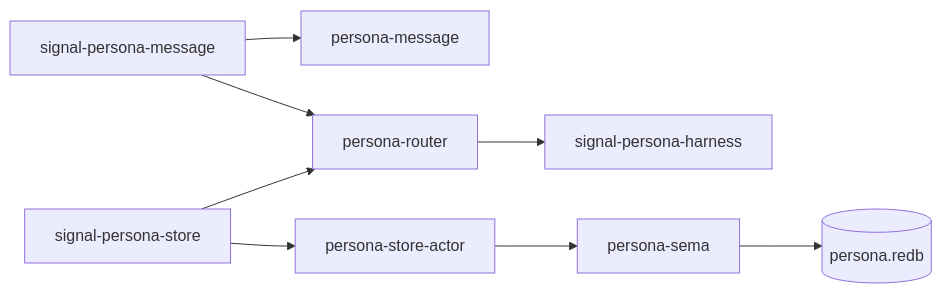
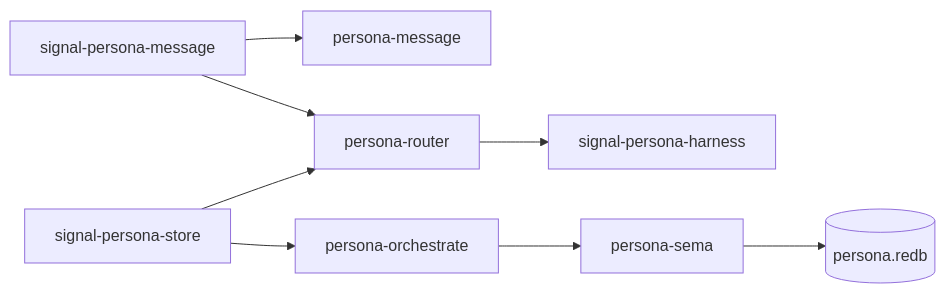
One commit to LiGoldragon/primary changed the first of 4 diagrams in reports/operator/74-signal-sema-persona-forward-implementation.md. Above: the diagram before and after it, drawn with Mermaid. The commit also changed other lines of this file and 6 other files, not shown here.

````diff
--- a/reports/operator/74-signal-sema-persona-forward-implementation.md
+++ b/reports/operator/74-signal-sema-persona-forward-implementation.md
@@ -26,10 +26,10 @@
 ```mermaid
 flowchart LR
     contract["signal-persona-message"] --> message["persona-message"]
     contract --> router["persona-router"]
     store_contract["signal-persona-store"] --> router
-    store_contract --> store_actor["persona-store-actor"]
-    store_actor --> sema["persona-sema"]
+    store_contract --> orchestrate["persona-orchestrate"]
+    orchestrate --> sema["persona-sema"]
     sema --> database[("persona.redb")]
     router --> harness_contract["signal-persona-harness"]
 ```
````
